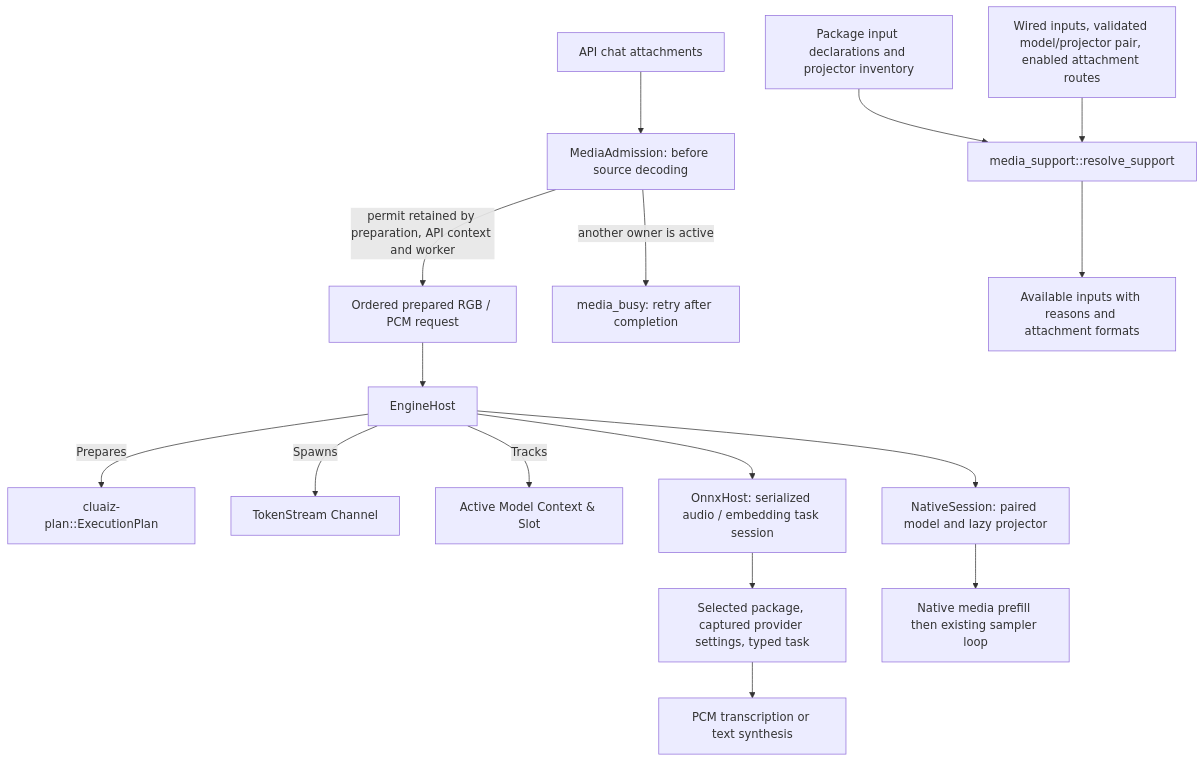
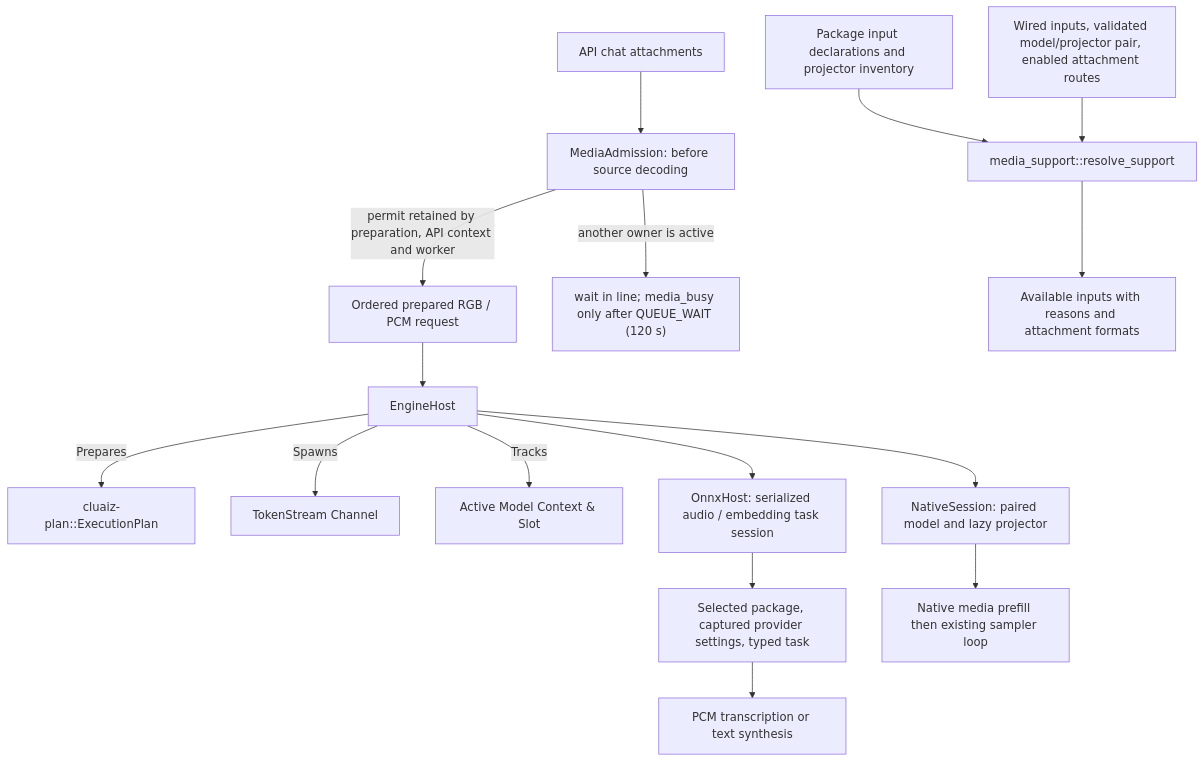
Before and after one commit to cluaiz/cluaiz: the third of 4 diagrams in engine/runtime/README.md, drawn with Mermaid. The commit also changed other lines of this file and 5 other files, not shown here.

````diff
--- a/engine/runtime/README.md
+++ b/engine/runtime/README.md
@@ -39,18 +39,18 @@
 ```mermaid
 graph TD
     A["EngineHost"] -->|Prepares| B["cluaiz-plan::ExecutionPlan"]
     A -->|Spawns| C["TokenStream Channel"]
     A -->|Tracks| D["Active Model Context & Slot"]
     A --> S["NativeSession: paired model and lazy projector"]
     A --> O["OnnxHost: serialized audio / embedding task session"]
     O --> P["Selected package, captured provider settings, typed task"]
     P --> Q["PCM transcription or text synthesis"]
     R["Ordered prepared RGB / PCM request"] --> A
     I["API chat attachments"] --> J["MediaAdmission: before source decoding"]
     J -->|"permit retained by preparation, API context and worker"| R
-    J -->|"another owner is active"| K["media_busy: retry after completion"]
+    J -->|"another owner is active"| K["wait in line; media_busy only after QUEUE_WAIT (120 s)"]
     S --> T["Native media prefill then existing sampler loop"]
     E["Package input declarations and projector inventory"] --> F["media_support::resolve_support"]
     G["Wired inputs, validated model/projector pair, enabled attachment routes"] --> F
     F --> H["Available inputs with reasons and attachment formats"]
 ```
````
